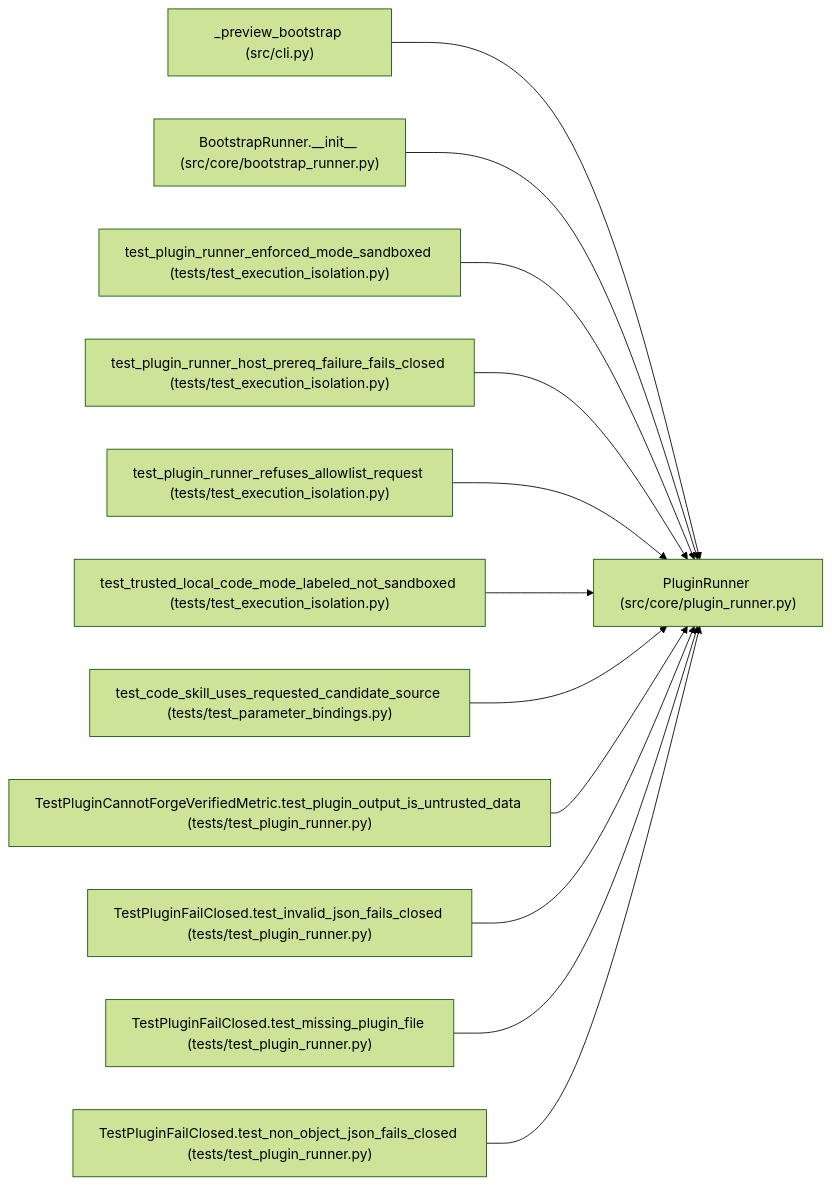
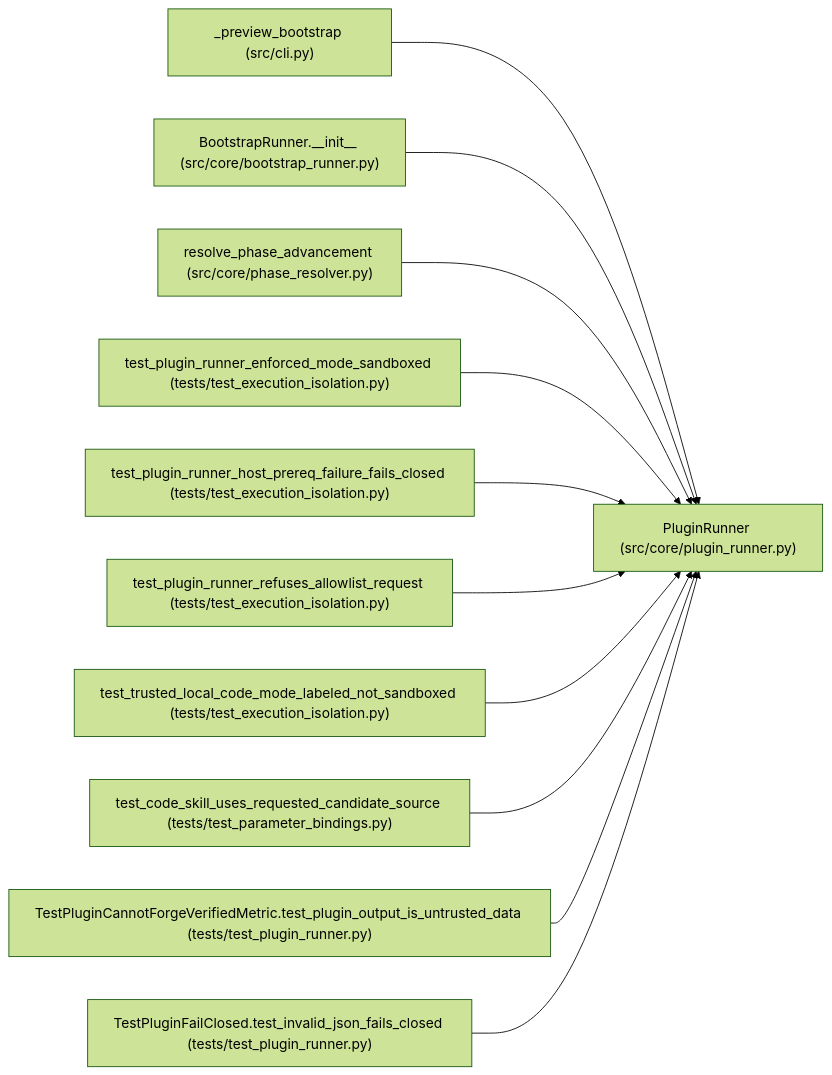
Before and after one commit to Denissvgn/autoresearch-agent: the diagram in docs/llm_wiki/entities/PluginRunner.md, drawn with Mermaid (forest theme). The commit also changed other lines of this file and 1033 other files, not shown here.

````diff
--- a/docs/llm_wiki/entities/PluginRunner.md
+++ b/docs/llm_wiki/entities/PluginRunner.md
@@ -34,38 +34,35 @@
 ```mermaid
 flowchart LR
     n0["PluginRunner (src/core/plugin_runner.py)"]
     n1["_preview_bootstrap (src/cli.py)"]
     n2["BootstrapRunner.__init__ (src/core/bootstrap_runner.py)"]
-    n3["test_plugin_runner_enforced_mode_sandboxed (tests/test_execution_isolation.py)"]
-    n4["test_plugin_runner_host_prereq_failure_fails_closed (tests/test_execution_isolation.py)"]
-    n5["test_plugin_runner_refuses_allowlist_request (tests/test_execution_isolation.py)"]
-    n6["test_trusted_local_code_mode_labeled_not_sandboxed (tests/test_execution_isolation.py)"]
-    n7["test_code_skill_uses_requested_candidate_source (tests/test_parameter_bindings.py)"]
-    n8["TestPluginCannotForgeVerifiedMetric.test_plugin_output_is_untrusted_data (tests/test_plugin_runner.py)"]
-    n9["TestPluginFailClosed.test_invalid_json_fails_closed (tests/test_plugin_runner.py)"]
-    n10["TestPluginFailClosed.test_missing_plugin_file (tests/test_plugin_runner.py)"]
-    n11["TestPluginFailClosed.test_non_object_json_fails_closed (tests/test_plugin_runner.py)"]
+    n3["resolve_phase_advancement (src/core/phase_resolver.py)"]
+    n4["test_plugin_runner_enforced_mode_sandboxed (tests/test_execution_isolation.py)"]
+    n5["test_plugin_runner_host_prereq_failure_fails_closed (tests/test_execution_isolation.py)"]
+    n6["test_plugin_runner_refuses_allowlist_request (tests/test_execution_isolation.py)"]
+    n7["test_trusted_local_code_mode_labeled_not_sandboxed (tests/test_execution_isolation.py)"]
+    n8["test_code_skill_uses_requested_candidate_source (tests/test_parameter_bindings.py)"]
+    n9["TestPluginCannotForgeVerifiedMetric.test_plugin_output_is_untrusted_data (tests/test_plugin_runner.py)"]
+    n10["TestPluginFailClosed.test_invalid_json_fails_closed (tests/test_plugin_runner.py)"]
     n1 --> n0
     n2 --> n0
     n3 --> n0
     n4 --> n0
     n5 --> n0
     n6 --> n0
     n7 --> n0
     n8 --> n0
     n9 --> n0
     n10 --> n0
-    n11 --> n0
     click n0 "../modules/plugin_runner.md"
     click n1 "../modules/cli.md"
     click n2 "../modules/bootstrap_runner.md"
-    click n3 "../modules/test_execution_isolation.md"
+    click n3 "../modules/phase_resolver.md"
     click n4 "../modules/test_execution_isolation.md"
     click n5 "../modules/test_execution_isolation.md"
     click n6 "../modules/test_execution_isolation.md"
-    click n7 "../modules/test_parameter_bindings.md"
-    click n8 "../modules/test_plugin_runner.md"
+    click n7 "../modules/test_execution_isolation.md"
+    click n8 "../modules/test_parameter_bindings.md"
     click n9 "../modules/test_plugin_runner.md"
     click n10 "../modules/test_plugin_runner.md"
-    click n11 "../modules/test_plugin_runner.md"
 ```
````
